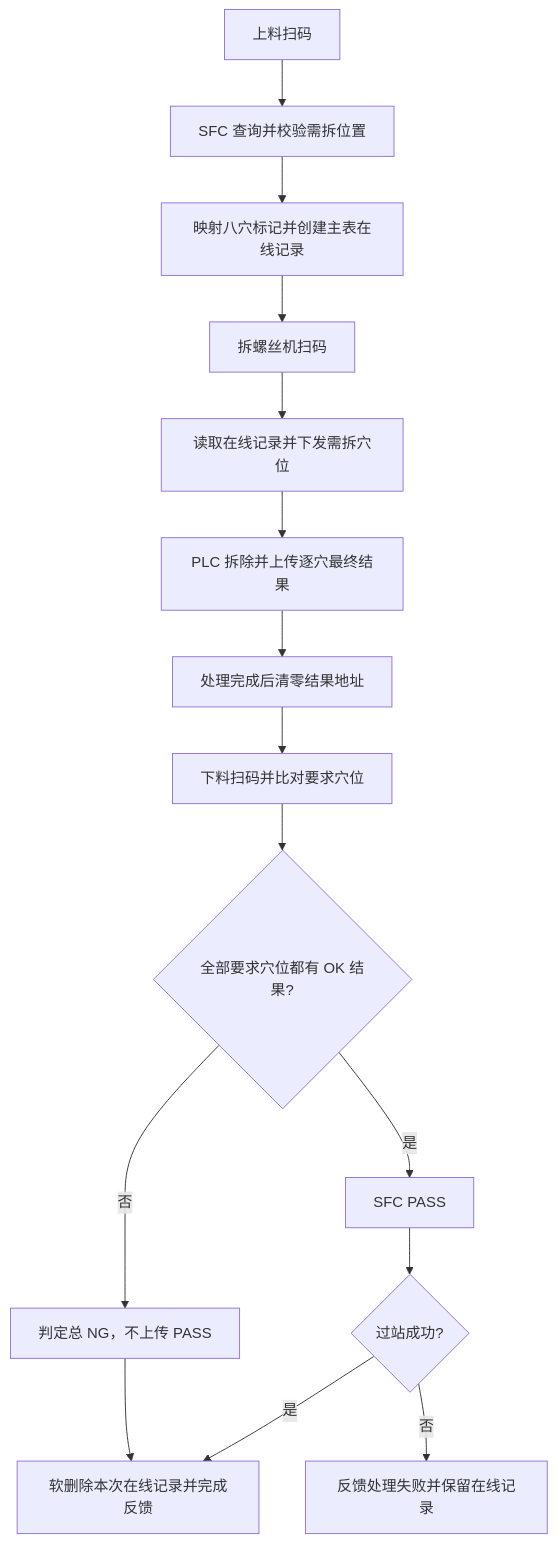
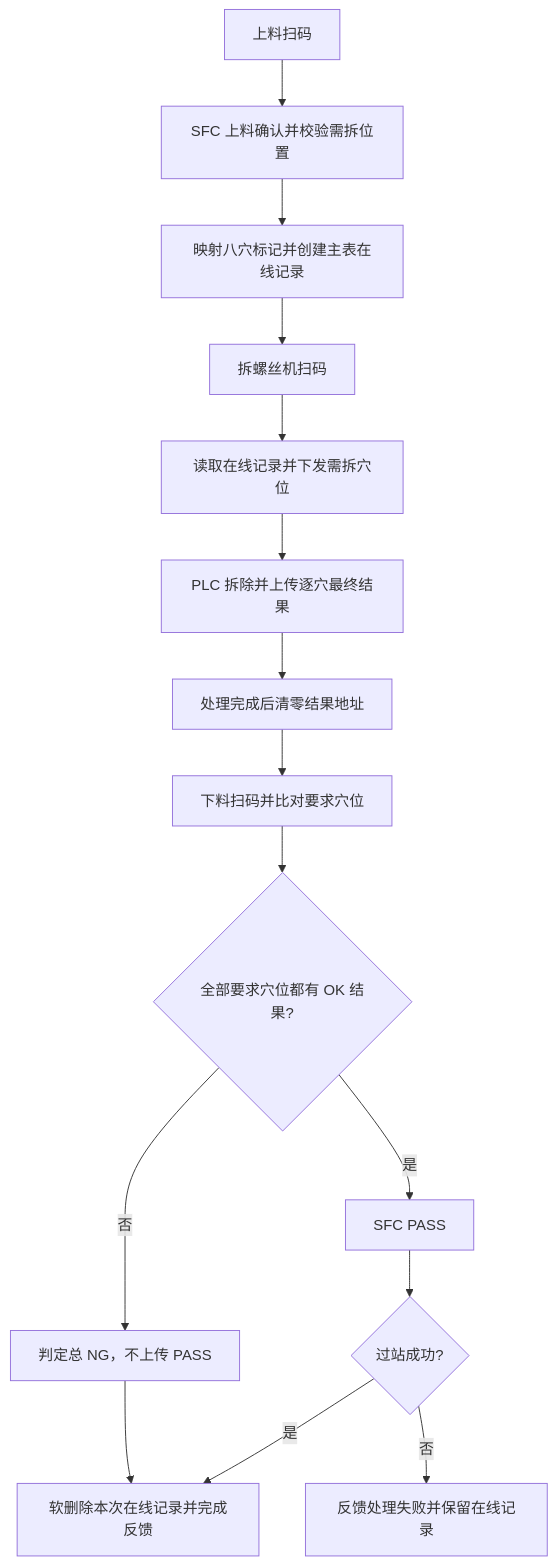
The diagram in doc/业务流程说明.md (NullRefer/SocammRework), drawn with Mermaid before and after one commit. The commit also changed other lines of this file and 8 other files, not shown here.

````diff
--- a/doc/业务流程说明.md
+++ b/doc/业务流程说明.md
@@ -19,17 +19,17 @@
 ```mermaid
 flowchart TD
-    A[上料扫码] --> B[SFC 查询并校验需拆位置]
+    A[上料扫码] --> B[SFC 上料确认并校验需拆位置]
     B --> C[映射八穴标记并创建主表在线记录]
     C --> D[拆螺丝机扫码]
     D --> E[读取在线记录并下发需拆穴位]
     E --> F[PLC 拆除并上传逐穴最终结果]
     F --> G[处理完成后清零结果地址]
     G --> H[下料扫码并比对要求穴位]
     H --> I{全部要求穴位都有 OK 结果?}
     I -->|是| J[SFC PASS]
     J --> K{过站成功?}
     K -->|是| L[软删除本次在线记录并完成反馈]
     K -->|否| M[反馈处理失败并保留在线记录]
     I -->|否| N[判定总 NG，不上传 PASS]
     N --> L
 ```
````
